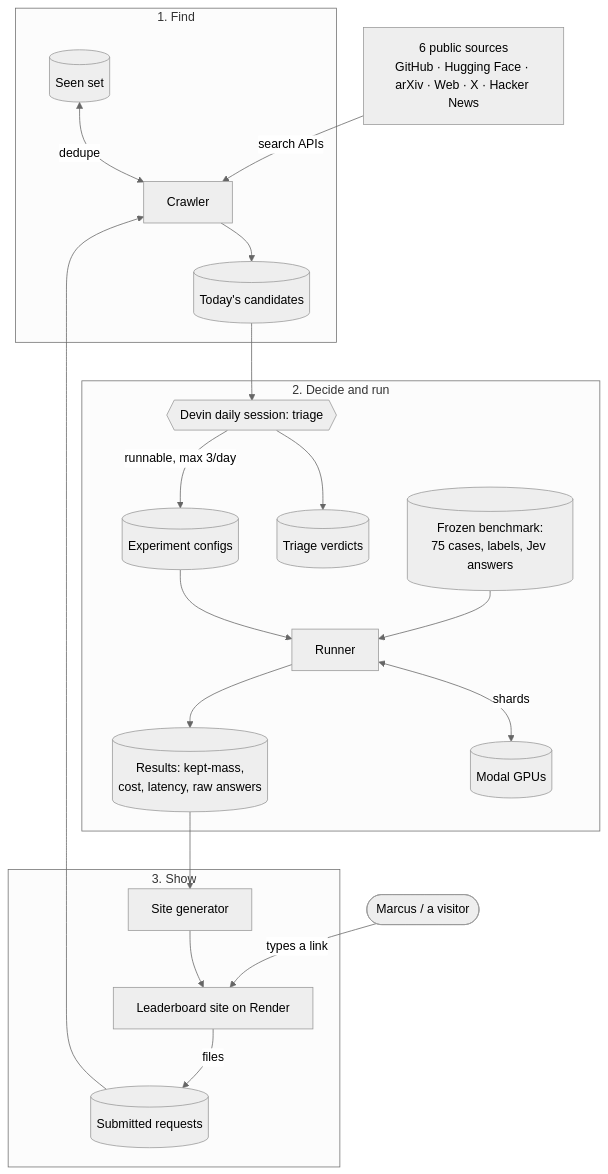
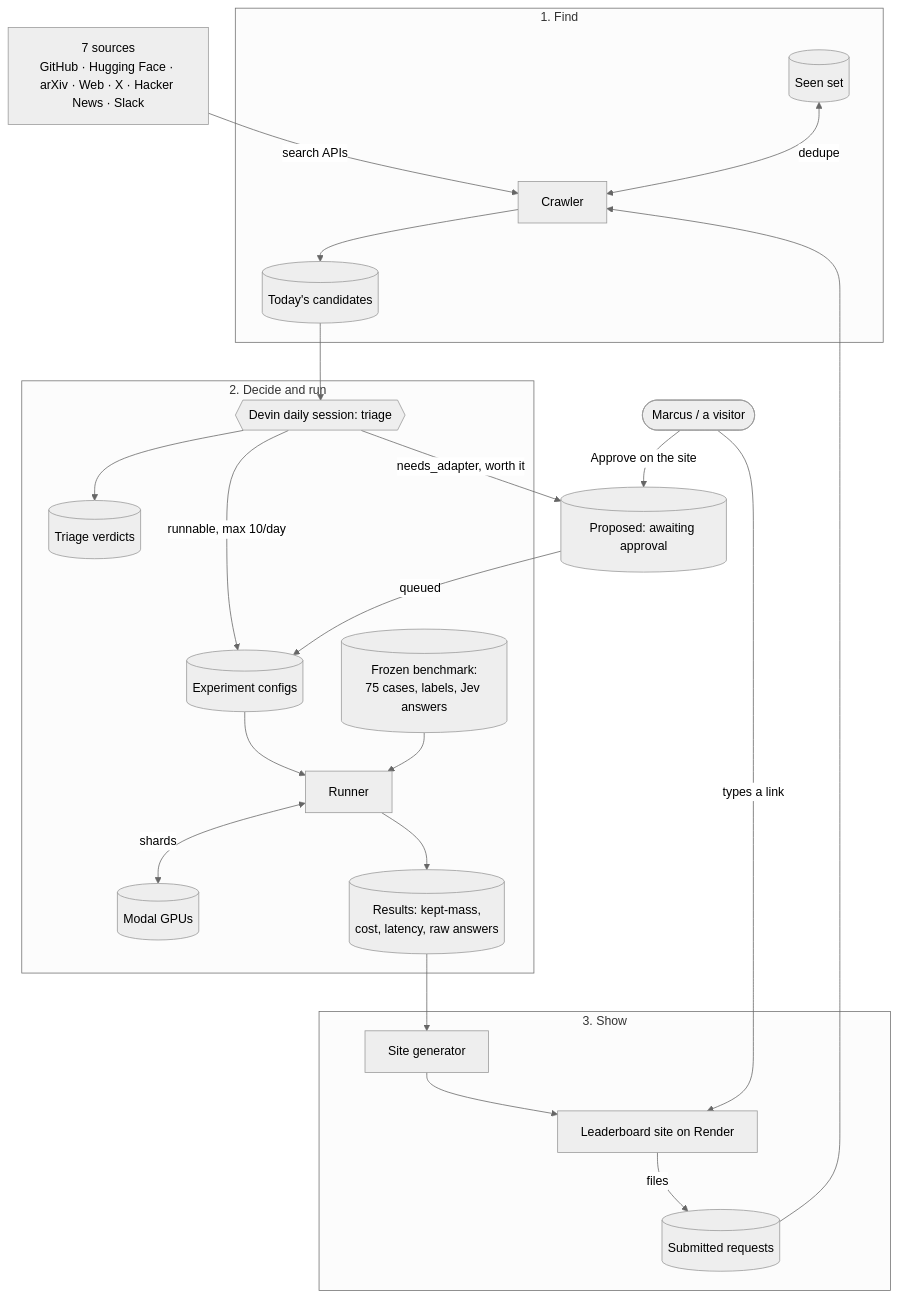
One commit to marcus-rox/jev-tracker changed the first of 3 diagrams in README.md. Above: the diagram before and after it, drawn with Mermaid (neutral theme). The commit also changed other lines of this file and 7 other files, not shown here.

Commit message:
budget 3 -> 10, approval flow + Slack source in README/runbook/DAILY_RUN; 14 proposals from 2026-10-02 triage

````diff
--- a/README.md
+++ b/README.md
@@ -31,34 +31,36 @@
 ```mermaid
 flowchart TB
-  SRC["6 public sources<br/>GitHub · Hugging Face · arXiv · Web · X · Hacker News"]
+  SRC["7 sources<br/>GitHub · Hugging Face · arXiv · Web · X · Hacker News · Slack"]
   USER([Marcus / a visitor])
   subgraph Find["1. Find"]
     CRAWL[Crawler]
     SEEN[(Seen set)]
     CAND[(Today's candidates)]
   end
   subgraph Decide["2. Decide and run"]
     DEVIN{{Devin daily session: triage}}
     TRI[(Triage verdicts)]
     CFG[(Experiment configs)]
     RUN[Runner]
     MODAL[(Modal GPUs)]
     BENCH[(Frozen benchmark:<br/>75 cases, labels, Jev answers)]
     RES[(Results: kept-mass,<br/>cost, latency, raw answers)]
   end
   subgraph Show["3. Show"]
     GEN[Site generator]
     SITE[Leaderboard site on Render]
     REQ[(Submitted requests)]
   end
   SRC -->|search APIs| CRAWL
   SEEN <-->|dedupe| CRAWL
   REQ --> CRAWL
   CRAWL --> CAND --> DEVIN
   DEVIN --> TRI
-  DEVIN -->|runnable, max 3/day| CFG --> RUN
+  DEVIN -->|runnable, max 10/day| CFG --> RUN
+  DEVIN -->|needs_adapter, worth it| PROP[(Proposed: awaiting approval)]
+  USER -->|Approve on the site| PROP -->|queued| CFG
   BENCH --> RUN
   RUN <-->|shards| MODAL
   RUN --> RES --> GEN --> SITE
   USER -->|types a link| SITE -->|files| REQ
 ```
````
